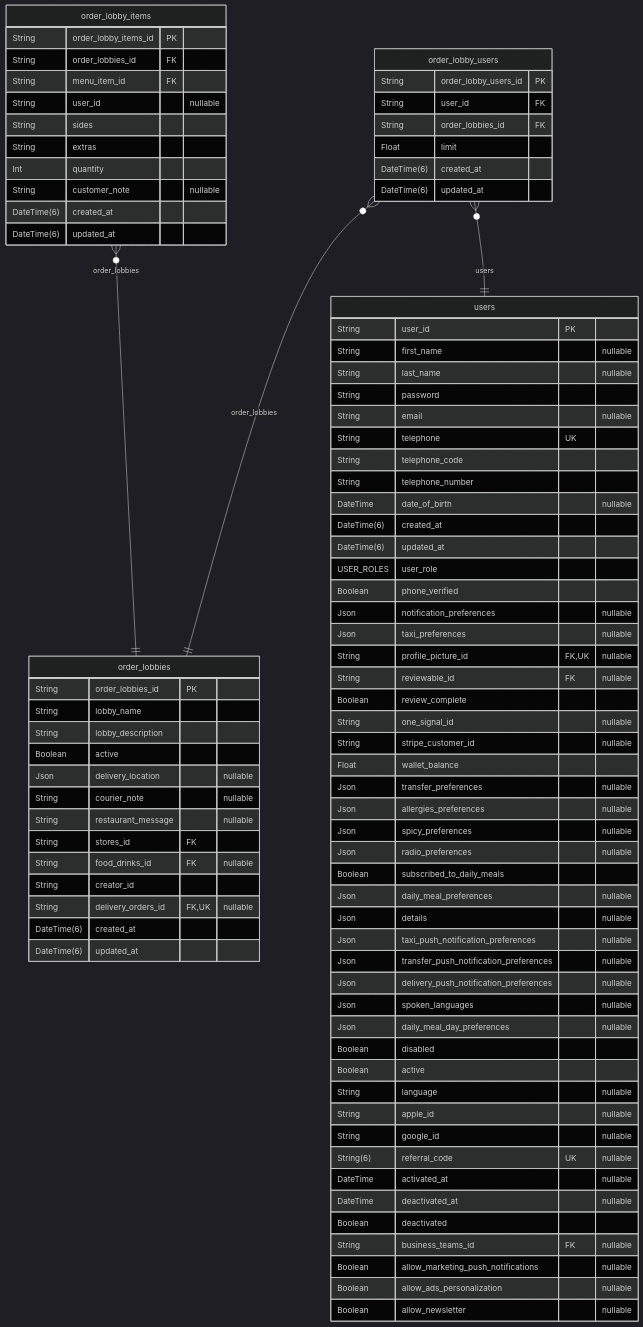
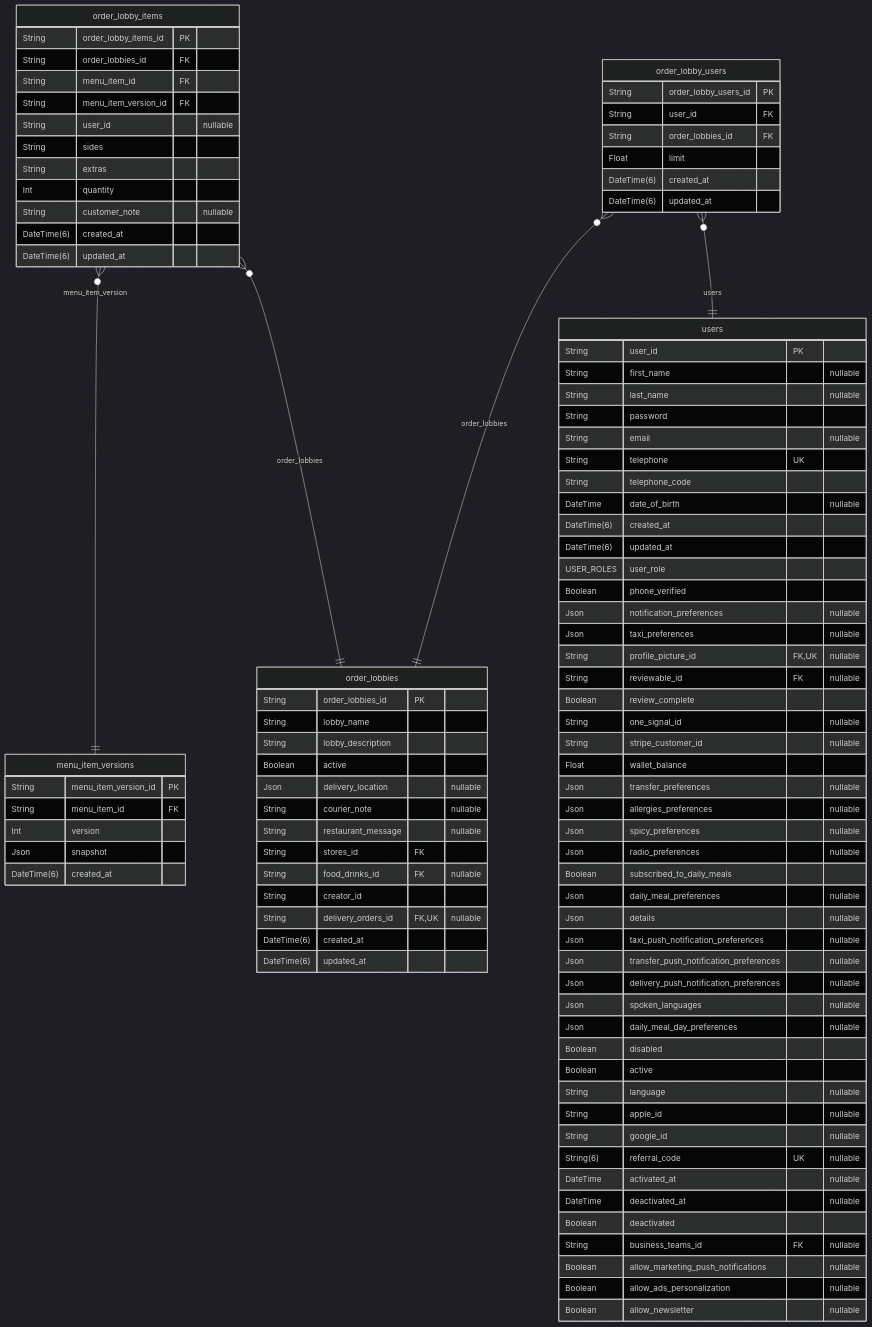
One commit to pbozic/be-analyisis changed diagram 28 of 40 in prisma/schemas/ERD.md. Above: the diagram before and after it, drawn with Mermaid (dark theme). The commit also changed other lines of this file and 23 other files, not shown here.

Commit message:
feature: updated daily meals menu + removed telephone_number + family/business invitation

```diff
--- a/prisma/schemas/ERD.md
+++ b/prisma/schemas/ERD.md
@@ -4926,6 +4950,7 @@
   String order_lobby_items_id PK
   String order_lobbies_id FK
   String menu_item_id FK
+  String menu_item_version_id FK
   String user_id "nullable"
   String sides
   String extras
@@ -4942,6 +4967,13 @@
   DateTime(6) created_at
   DateTime(6) updated_at
 }
+"menu_item_versions" {
+  String menu_item_version_id PK
+  String menu_item_id FK
+  Int version
+  Json snapshot
+  DateTime(6) created_at
+}
 "users" {
   String user_id PK
   String first_name "nullable"
@@ -4950,7 +4982,6 @@
   String email "nullable"
   String telephone UK
   String telephone_code
-  String telephone_number
   DateTime date_of_birth "nullable"
   DateTime(6) created_at
   DateTime(6) updated_at
@@ -4990,6 +5021,7 @@
   Boolean allow_ads_personalization "nullable"
   Boolean allow_newsletter "nullable"
 }
+"order_lobby_items" }o--|| "menu_item_versions" : menu_item_version
 "order_lobby_items" }o--|| "order_lobbies" : order_lobbies
 "order_lobby_users" }o--|| "order_lobbies" : order_lobbies
 "order_lobby_users" }o--|| "users" : users
```
